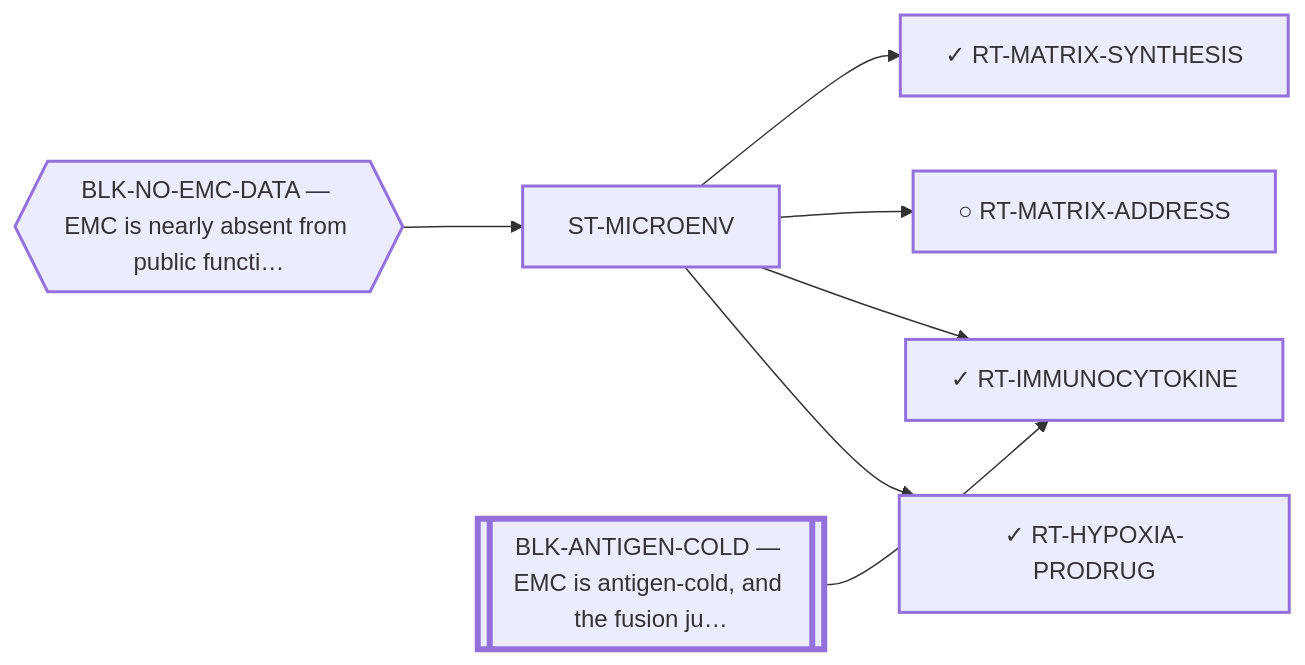
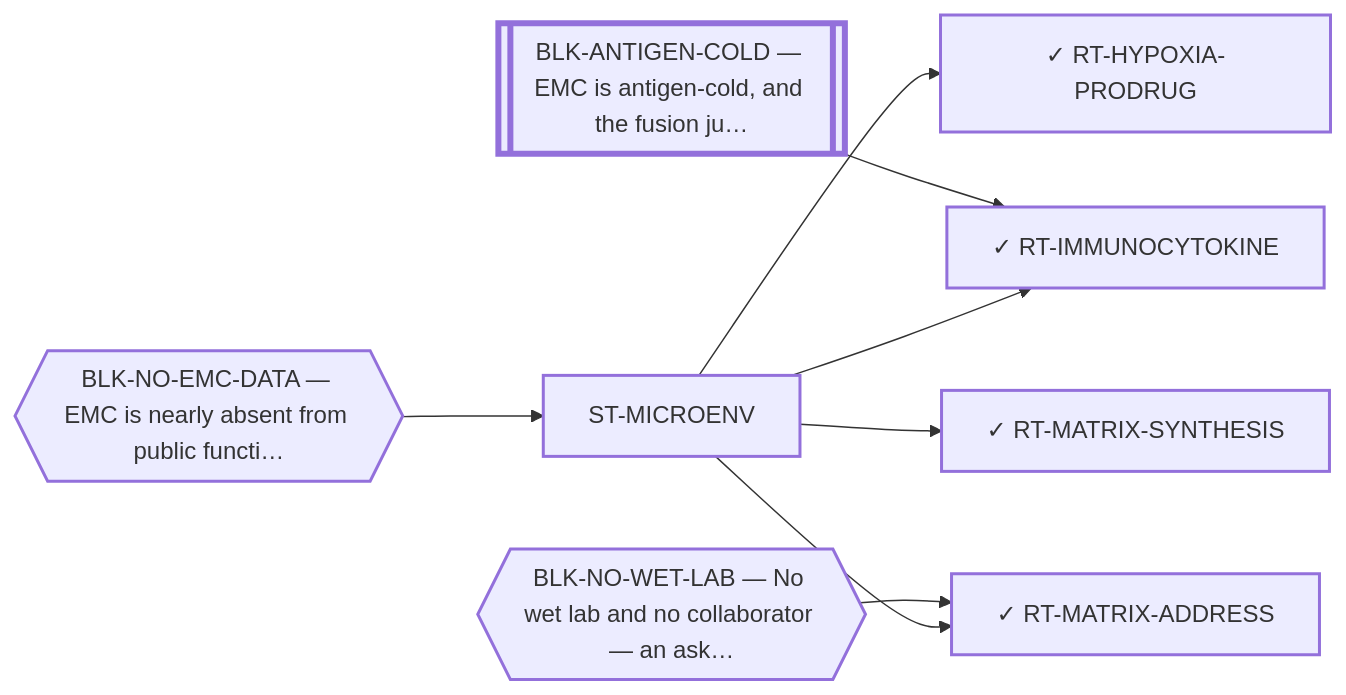
One commit to trimcrae/Rare-cancers changed the diagram in systems/views/L1-st-microenv.md. Above: the diagram before and after it, drawn with Mermaid. The commit also changed other lines of this file and 28 other files, not shown here.

````diff
--- a/systems/views/L1-st-microenv.md
+++ b/systems/views/L1-st-microenv.md
@@ -36,21 +36,23 @@
 ```mermaid
 flowchart LR
   ST_MICROENV["ST-MICROENV"]:::fam
   RT_HYPOXIA_PRODRUG["✓ RT-HYPOXIA-PRODRUG"]:::fam
   ST_MICROENV --> RT_HYPOXIA_PRODRUG
   RT_IMMUNOCYTOKINE["✓ RT-IMMUNOCYTOKINE"]:::fam
   ST_MICROENV --> RT_IMMUNOCYTOKINE
-  RT_MATRIX_ADDRESS["○ RT-MATRIX-ADDRESS"]:::fam
+  RT_MATRIX_ADDRESS["✓ RT-MATRIX-ADDRESS"]:::fam
   ST_MICROENV --> RT_MATRIX_ADDRESS
   RT_MATRIX_SYNTHESIS["✓ RT-MATRIX-SYNTHESIS"]:::fam
   ST_MICROENV --> RT_MATRIX_SYNTHESIS
 
   BLK_NO_EMC_DATA{{"BLK-NO-EMC-DATA — EMC is nearly absent from public functi…"}}:::blk
   BLK_NO_EMC_DATA --> ST_MICROENV
   BLK_ANTIGEN_COLD[["BLK-ANTIGEN-COLD — EMC is antigen-cold, and the fusion ju…"]]:::perm
   BLK_ANTIGEN_COLD --> RT_IMMUNOCYTOKINE
+  BLK_NO_WET_LAB{{"BLK-NO-WET-LAB — No wet lab and no collaborator — an ask…"}}:::blk
+  BLK_NO_WET_LAB --> RT_MATRIX_ADDRESS
   classDef fam stroke-width:2px;
   classDef blk stroke-width:2px;
   classDef perm stroke-width:4px;
   classDef tech stroke-width:1px,stroke-dasharray:4 3;
 ```
````
